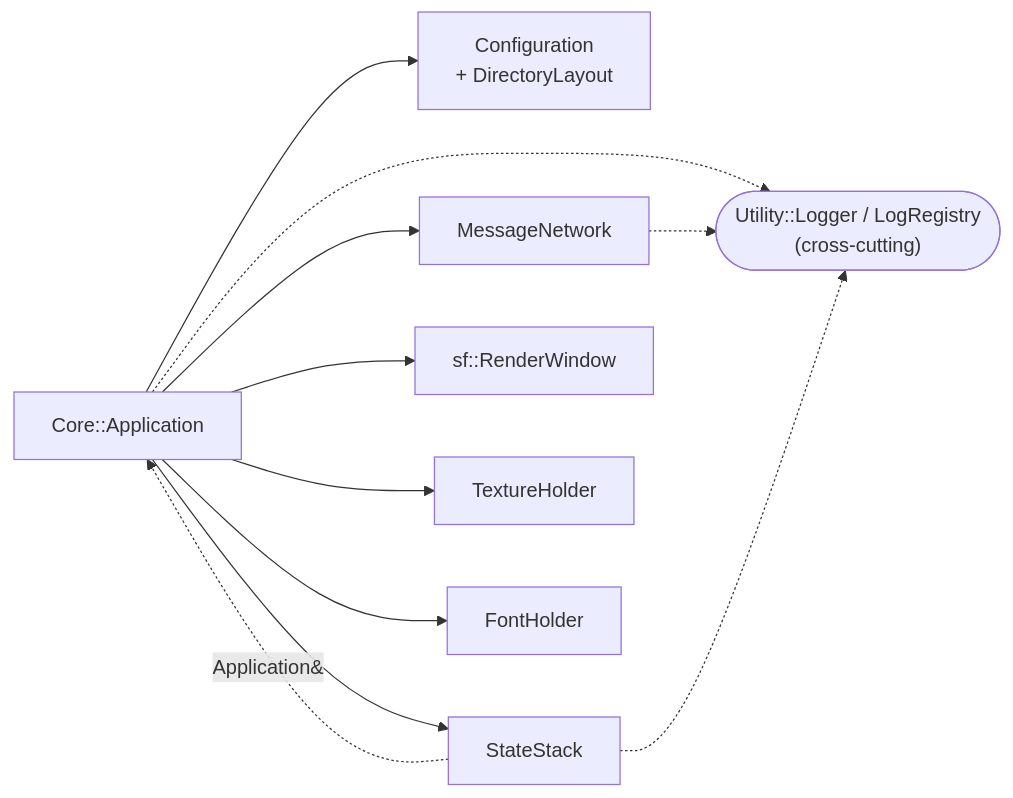
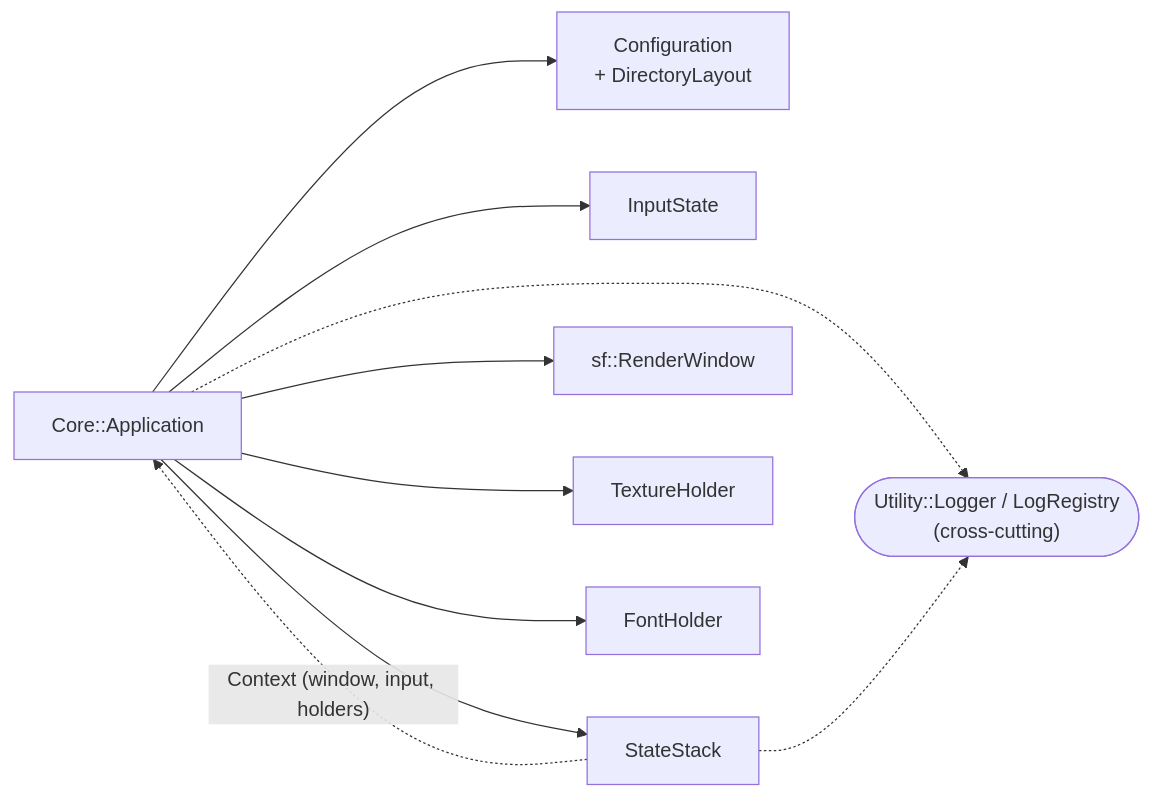
Before and after one commit to H-Matthews/Project-HCH: the second of 8 diagrams in ARCHITECTURE.md, drawn with Mermaid. The commit also changed other lines of this file and 40 other files, not shown here.

Commit message:
Ported over Project-HCH to new event system. Removed MessageNetwork, was the wrong design for a game.

````diff
--- a/ARCHITECTURE.md
+++ b/ARCHITECTURE.md
@@ -128,17 +129,16 @@
 ```mermaid
 flowchart LR
     APP["Core::Application"]
 
     APP --> CFG["Configuration<br/>+ DirectoryLayout"]
-    APP --> NET["MessageNetwork"]
+    APP --> INP["InputState"]
     APP --> STK["StateStack"]
     APP --> WIN["sf::RenderWindow"]
     APP --> TEX["TextureHolder"]
     APP --> FNT["FontHolder"]
 
-    STK -. "Application&" .-> APP
+    STK -. "Context (window, input, holders)" .-> APP
     LOG(["Utility::Logger / LogRegistry<br/>(cross-cutting)"])
     APP -.-> LOG
-    NET -.-> LOG
     STK -.-> LOG
 ```
````
